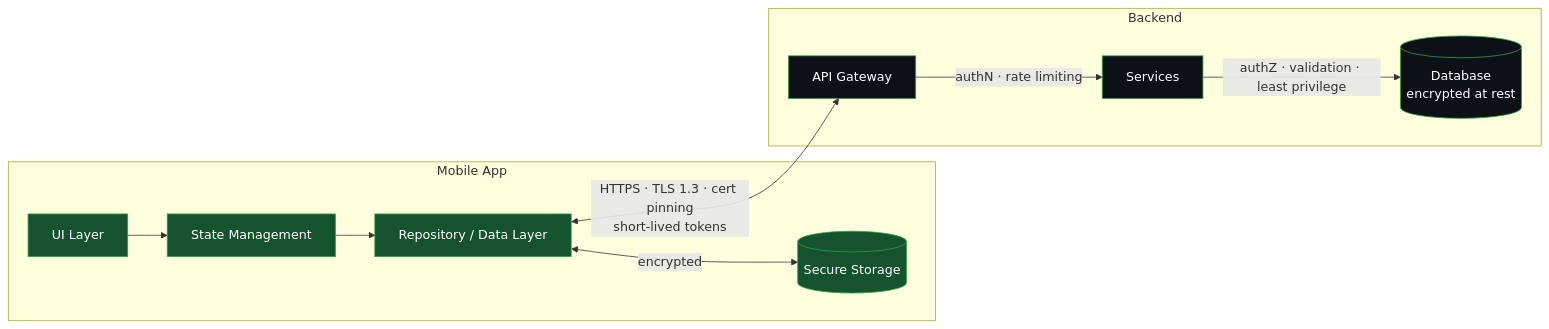
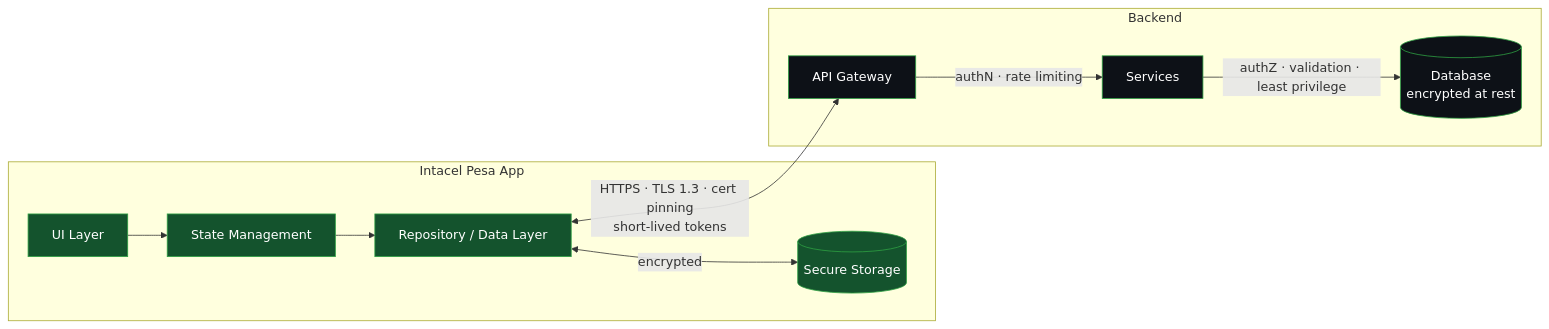
One commit to acunetix2/acunetix2 changed the second of 3 diagrams in README.md. Above: the diagram before and after it, drawn with Mermaid. The commit also changed other lines of this file, not shown here.

````diff
--- a/README.md
+++ b/README.md
@@ -311,19 +315,19 @@
 ```mermaid
 flowchart LR
-    subgraph App["Mobile App"]
+    subgraph App["Intacel Pesa App"]
         UI["UI Layer"] --> ST["State Management"] --> REPO["Repository / Data Layer"]
         REPO <-->|"encrypted"| SEC[("Secure Storage")]
     end
 
     subgraph Backend["Backend"]
         GW["API Gateway"] -->|"authN · rate limiting"| SVC["Services"]
         SVC -->|"authZ · validation · least privilege"| DB[("Database<br/>encrypted at rest")]
     end
 
     REPO <-->|"HTTPS · TLS 1.3 · cert pinning<br/>short-lived tokens"| GW
 
     classDef green fill:#14532d,stroke:#2ea043,color:#fff
     classDef dark fill:#0d1117,stroke:#2ea043,color:#fff
     class UI,ST,REPO,SEC green
     class GW,SVC,DB dark
 ```
````
